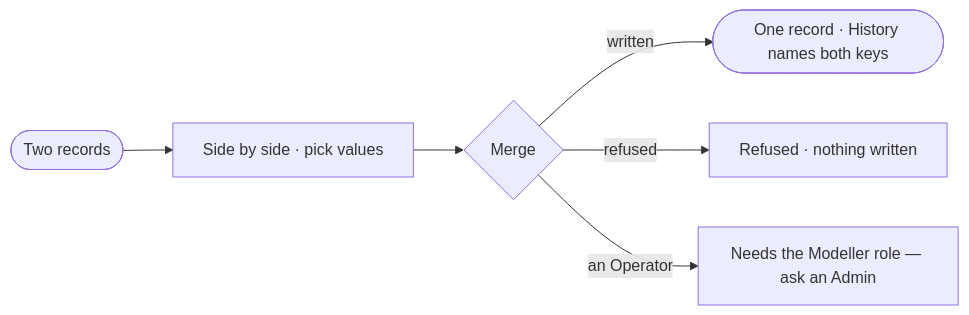
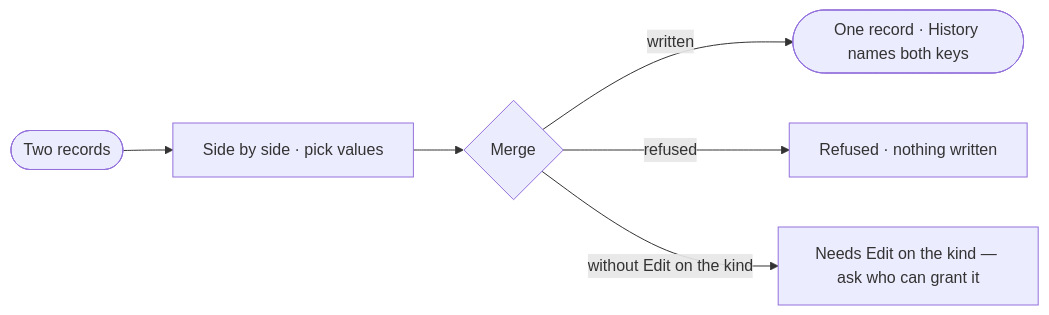
Before and after one commit to invana/invana: the diagram in specs/capabilities/records/features/RC-F05-merge-duplicates/stories/RC-04-merge-two-records-that-are-one/story.md, drawn with Mermaid. The commit also changed other lines of this file and 236 other files, not shown here.

First line of the commit message:
docs(specs): grant by permission, not role, across access and records

````diff
--- a/specs/capabilities/records/features/RC-F05-merge-duplicates/stories/RC-04-merge-two-records-that-are-one/story.md
+++ b/specs/capabilities/records/features/RC-F05-merge-duplicates/stories/RC-04-merge-two-records-that-are-one/story.md
@@ -27,7 +27,7 @@
 ```mermaid
 flowchart LR
   a([Two records]) --> s[Side by side · pick values] --> m{Merge}
   m -->|written| ok([One record · History names both keys])
   m -->|refused| no[Refused · nothing written]
-  m -->|an Operator| x["Needs the Modeller role — ask an Admin"]
+  m -->|without Edit on the kind| x["Needs Edit on the kind — ask who can grant it"]
 ```
````
